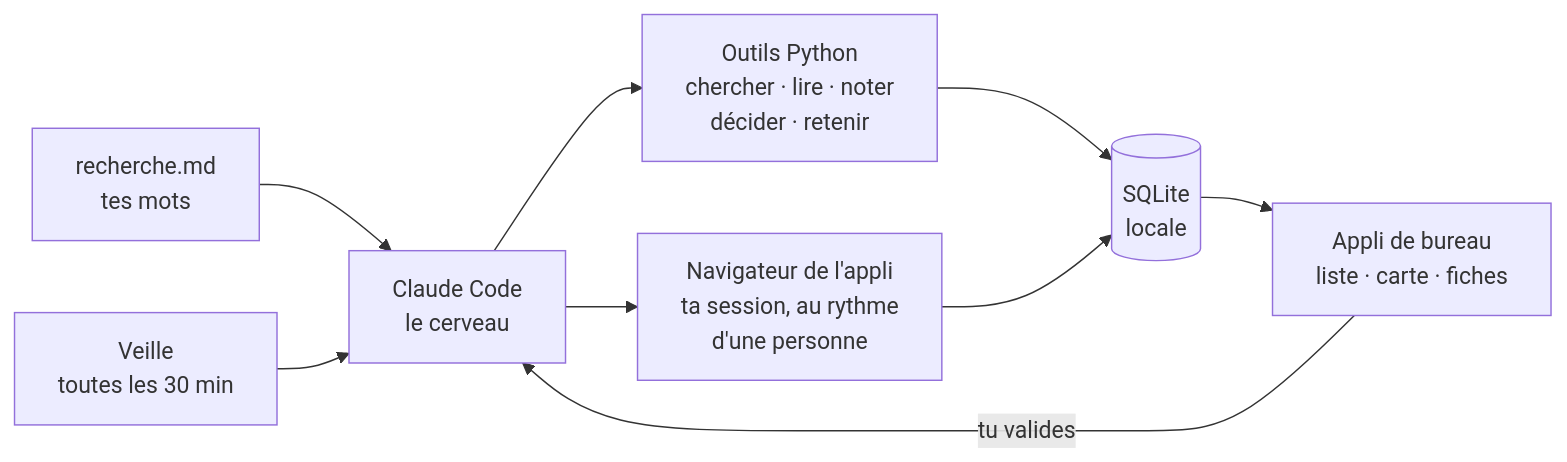
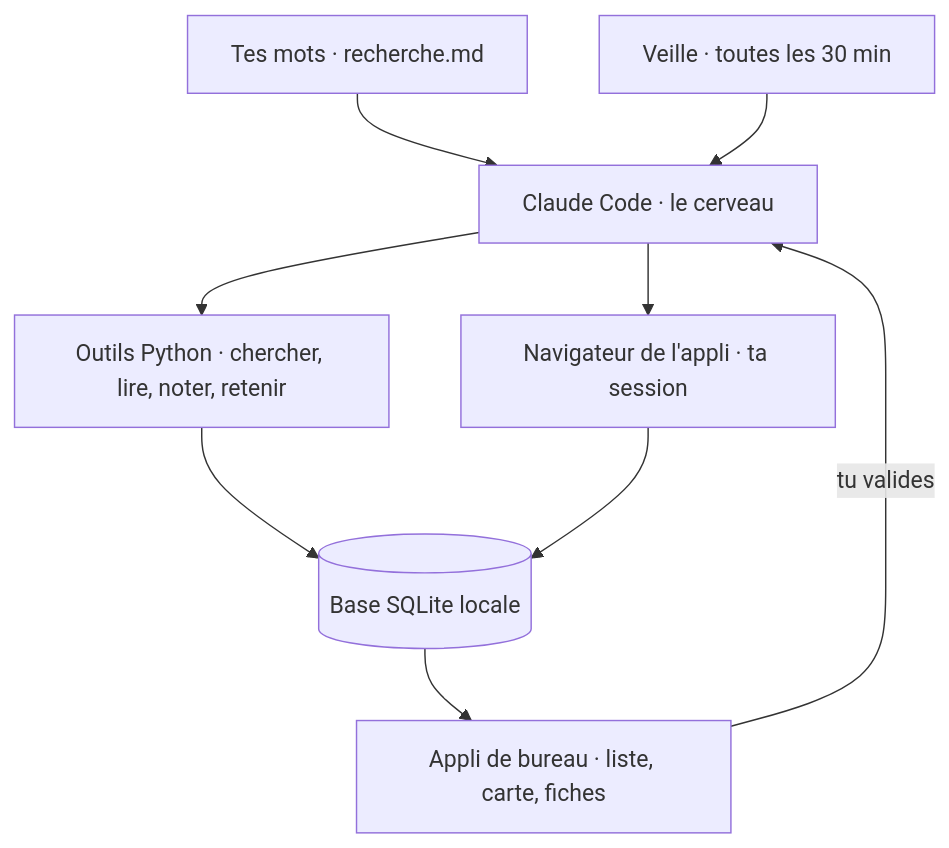
The diagram in README.md (SaturneAtom/AppartHunt), drawn with Mermaid before and after one commit.

Commit message:
README : schéma vertical, plus lisible

````diff
--- a/README.md
+++ b/README.md
@@ -48,11 +48,11 @@
 ```mermaid
-flowchart LR
-    A["recherche.md<br/>tes mots"] --> B["Claude Code<br/>le cerveau"]
-    V["Veille<br/>toutes les 30 min"] --> B
-    B --> T["Outils Python<br/>chercher · lire · noter<br/>décider · retenir"]
-    B --> N["Navigateur de l'appli<br/>ta session, au rythme<br/>d'une personne"]
-    T --> D[("SQLite<br/>locale")]
+flowchart TB
+    A["Tes mots · recherche.md"] --> B["Claude Code · le cerveau"]
+    V["Veille · toutes les 30 min"] --> B
+    B --> T["Outils Python · chercher, lire, noter, retenir"]
+    B --> N["Navigateur de l'appli · ta session"]
+    T --> D[("Base SQLite locale")]
     N --> D
-    D --> U["Appli de bureau<br/>liste · carte · fiches"]
+    D --> U["Appli de bureau · liste, carte, fiches"]
     U -- "tu valides" --> B
 ```
````
